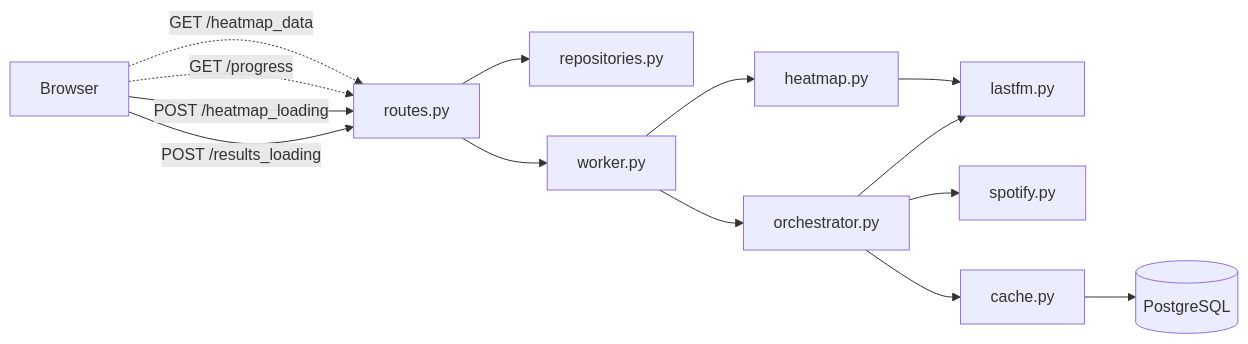
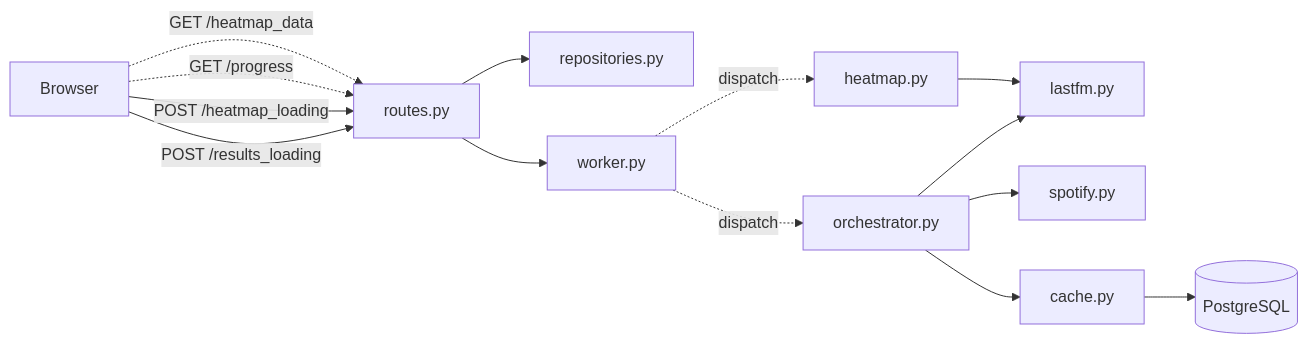
The diagram in README.md (pterw/ScrobbleScope), drawn with Mermaid before and after one commit. The commit also changed other lines of this file and 12 other files, not shown here.

````diff
--- a/README.md
+++ b/README.md
@@ -91,16 +98,16 @@
 ```mermaid
 graph LR
     A[Browser] -->|POST /results_loading| B[routes.py]
     A -->|POST /heatmap_loading| B
     A -.->|GET /progress| B
     A -.->|GET /heatmap_data| B
     B --> C[repositories.py]
     B --> D[worker.py]
-    D --> E[orchestrator.py]
-    D --> F[heatmap.py]
+    D -.->|dispatch| E[orchestrator.py]
+    D -.->|dispatch| F[heatmap.py]
     E --> G[lastfm.py]
     E --> H[spotify.py]
     E --> I[cache.py]
     F --> G
     I --> J[(PostgreSQL)]
 ```
````
